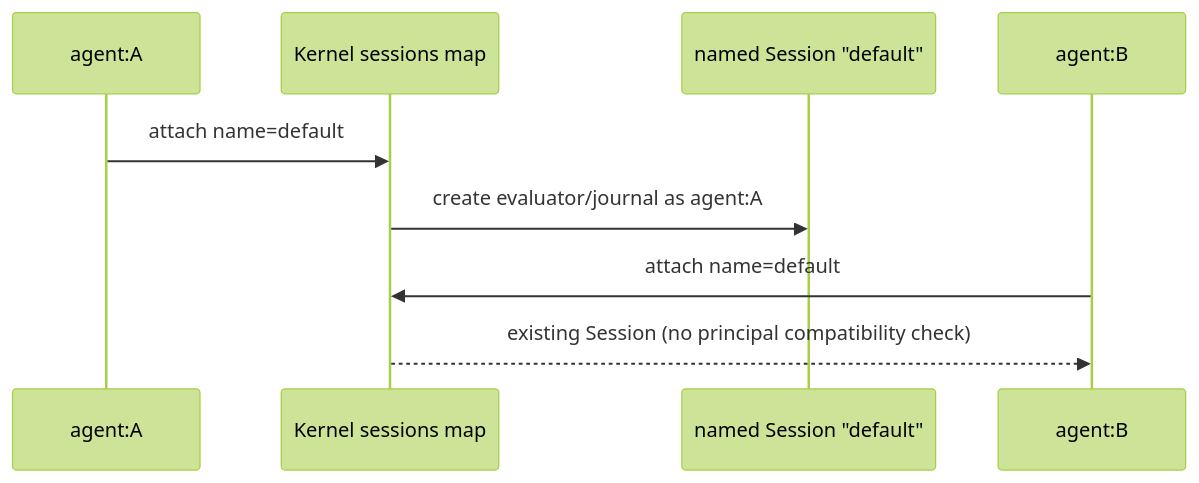
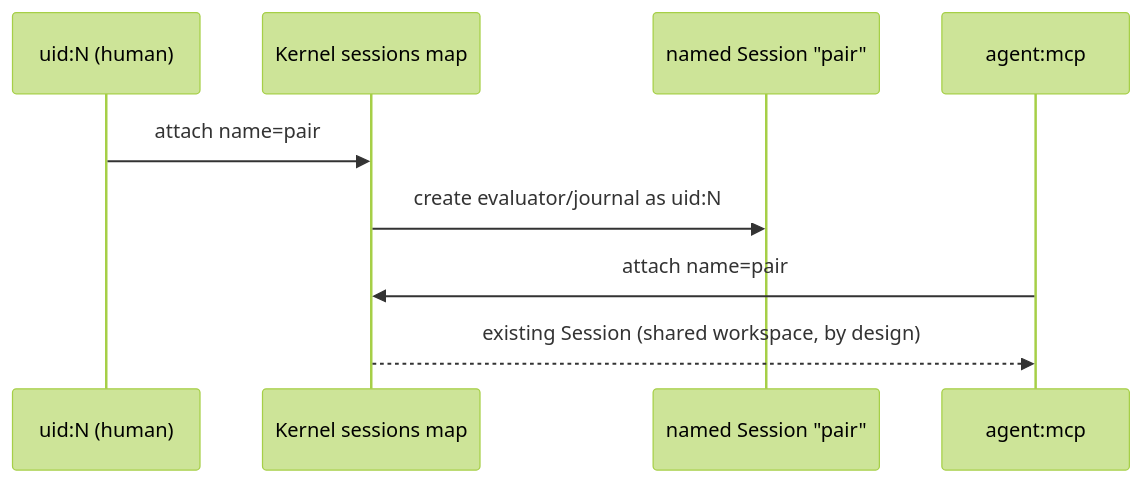
The second of 6 diagrams in site/content/internals/security-threat-model.md (alliecatowo/shoal), drawn with Mermaid (forest theme) before and after one commit. The commit also changed other lines of this file and 4 other files, not shown here.

````diff
--- a/site/content/internals/security-threat-model.md
+++ b/site/content/internals/security-threat-model.md
@@ -162,13 +164,13 @@
 ```mermaid
 sequenceDiagram
-accTitle: Named session principal hazard
-accDescr: Shows the components and relationships described in Named session principal hazard.
-  participant A as agent:A
+accTitle: Shared pair-shell session
+accDescr: Two principals deliberately join one named session; each exec runs under its own actor's policy, and shared objects are session-scoped.
+  participant H as uid:N (human)
   participant K as Kernel sessions map
-  participant S as named Session "default"
-  A->>K: attach name=default
-  K->>S: create evaluator/journal as agent:A
-  participant B as agent:B
-  B->>K: attach name=default
-  K-->>B: existing Session (no principal compatibility check)
+  participant S as named Session "pair"
+  H->>K: attach name=pair
+  K->>S: create evaluator/journal as uid:N
+  participant A as agent:mcp
+  A->>K: attach name=pair
+  K-->>A: existing Session (shared workspace, by design)
 ```
````
